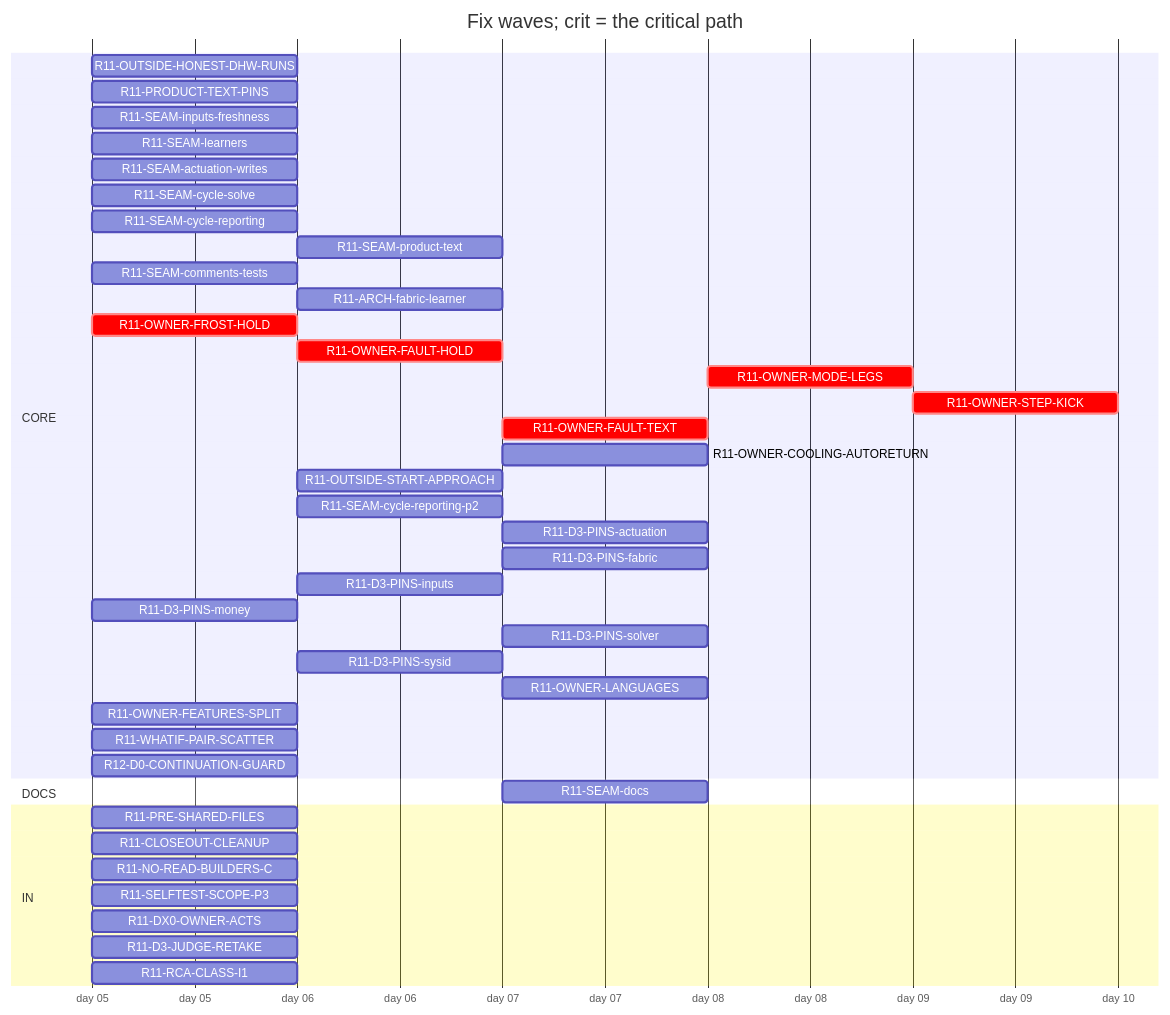
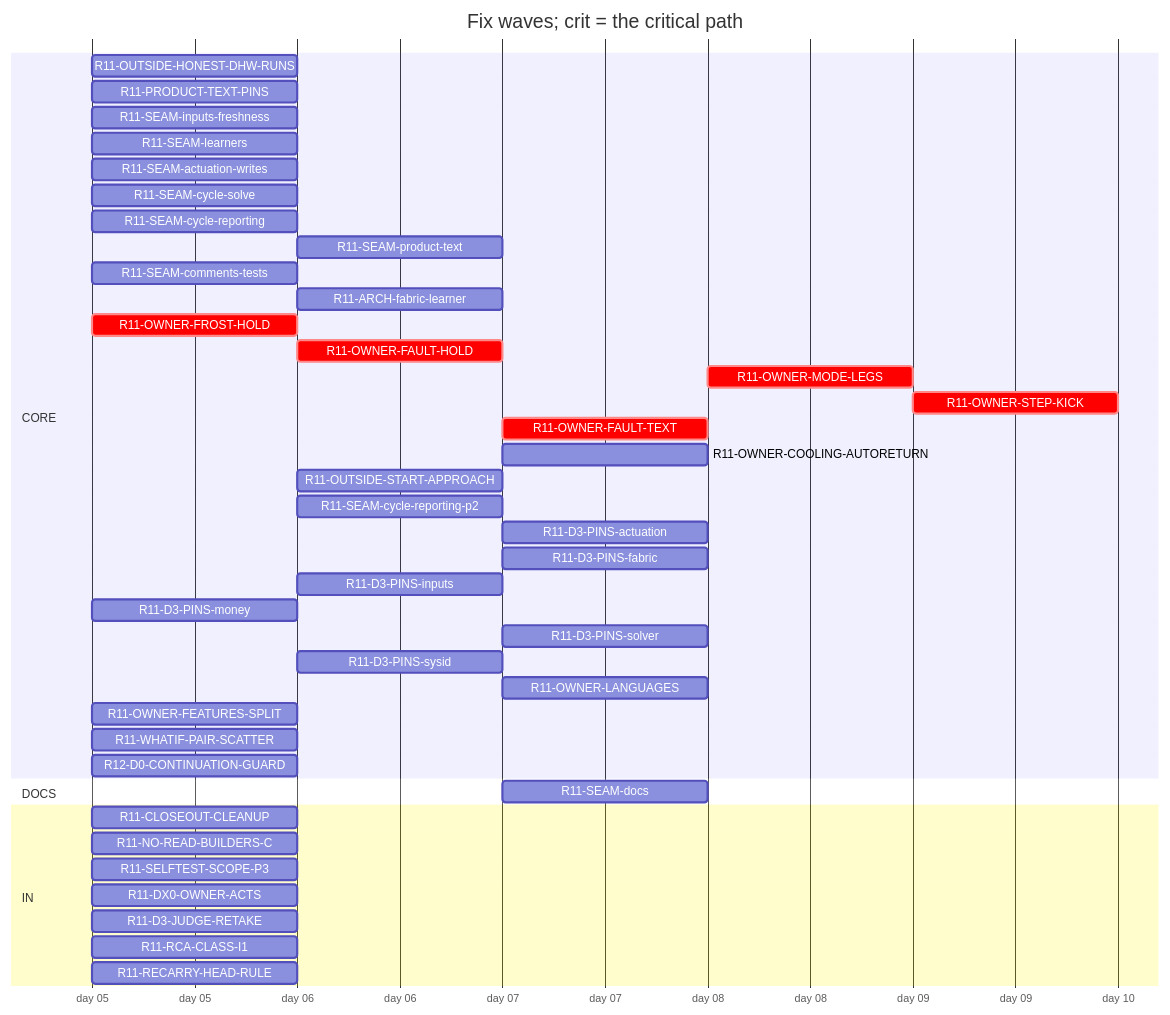
Before and after one commit to tvofi/heatpump_optimizer: the diagram in handoff/round11/state/PLAN-TABLE.md, drawn with Mermaid. The commit also changed other lines of this file and 4 other files, not shown here.

Commit message:
state: FLOW-BOARD.md, NEXT-SESSION-PROMPT.md, PLAN-TABLE.md, PLAN.html, RESUME-CURRENT.md regenerated (state_docs.py)

````diff
--- a/handoff/round11/state/PLAN-TABLE.md
+++ b/handoff/round11/state/PLAN-TABLE.md
@@ -16,45 +16,45 @@
 ```mermaid
 gantt
   title Fix waves; crit = the critical path
   dateFormat YYYY-MM-DD
   axisFormat day %d
   section CORE
     R11-OUTSIDE-HONEST-DHW-RUNS :r11OUTSIDEHONESTDHWRUNS, 2026-01-05, 1d
     R11-PRODUCT-TEXT-PINS :r11PRODUCTTEXTPINS, 2026-01-05, 1d
     R11-SEAM-inputs-freshness :r11SEAMinputsfreshness, 2026-01-05, 1d
     R11-SEAM-learners :r11SEAMlearners, 2026-01-05, 1d
     R11-SEAM-actuation-writes :r11SEAMactuationwrites, 2026-01-05, 1d
     R11-SEAM-cycle-solve :r11SEAMcyclesolve, 2026-01-05, 1d
     R11-SEAM-cycle-reporting :r11SEAMcyclereporting, 2026-01-05, 1d
     R11-SEAM-product-text :r11SEAMproducttext, after r11SEAMactuationwrites r11SEAMinputsfreshness r11SEAMcyclesolve r11SEAMcyclereporting, 1d
     R11-SEAM-comments-tests :r11SEAMcommentstests, 2026-01-05, 1d
     R11-ARCH-fabric-learner :r11ARCHfabriclearner, after r11SEAMlearners, 1d
     R11-OWNER-FROST-HOLD :crit, r11OWNERFROSTHOLD, 2026-01-05, 1d
     R11-OWNER-FAULT-HOLD :crit, r11OWNERFAULTHOLD, after r11OWNERFROSTHOLD, 1d
     R11-OWNER-MODE-LEGS :crit, r11OWNERMODELEGS, after r11OWNERFAULTTEXT, 1d
     R11-OWNER-STEP-KICK :crit, r11OWNERSTEPKICK, after r11OWNERMODELEGS, 1d
     R11-OWNER-FAULT-TEXT :crit, r11OWNERFAULTTEXT, after r11OWNERFAULTHOLD, 1d
     R11-OWNER-COOLING-AUTORETURN :r11OWNERCOOLINGAUTORETURN, after r11OWNERFAULTHOLD, 1d
     R11-OUTSIDE-START-APPROACH :r11OUTSIDESTARTAPPROACH, after r11OUTSIDEHONESTDHWRUNS r11SEAMlearners, 1d
     R11-SEAM-cycle-reporting-p2 :r11SEAMcyclereportingp2, after r11SEAMcyclereporting r11SEAMactuationwrites r11SEAMlearners, 1d
     R11-D3-PINS-actuation :r11D3PINSactuation, after r11SEAMactuationwrites r11OWNERFAULTHOLD, 1d
     R11-D3-PINS-fabric :r11D3PINSfabric, after r11ARCHfabriclearner r11SEAMcyclereporting r11OUTSIDESTARTAPPROACH, 1d
     R11-D3-PINS-inputs :r11D3PINSinputs, after r11SEAMinputsfreshness, 1d
     R11-D3-PINS-money :r11D3PINSmoney, 2026-01-05, 1d
     R11-D3-PINS-solver :r11D3PINSsolver, after r11OUTSIDESTARTAPPROACH r11SEAMcyclereporting, 1d
     R11-D3-PINS-sysid :r11D3PINSsysid, after r11SEAMlearners, 1d
     R11-OWNER-LANGUAGES :r11OWNERLANGUAGES, after r11SEAMproducttext, 1d
     R11-OWNER-FEATURES-SPLIT :r11OWNERFEATURESSPLIT, 2026-01-05, 1d
     R11-WHATIF-PAIR-SCATTER :r11WHATIFPAIRSCATTER, 2026-01-05, 1d
     R12-D0-CONTINUATION-GUARD :r12D0CONTINUATIONGUARD, 2026-01-05, 1d
   section DOCS
     R11-SEAM-docs :r11SEAMdocs, after r11SEAMlearners r11SEAMactuationwrites r11SEAMinputsfreshness r11SEAMcyclesolve r11SEAMcyclereporting r11SEAMproducttext, 1d
   section IN
-    R11-PRE-SHARED-FILES :r11PRESHAREDFILES, 2026-01-05, 1d
     R11-CLOSEOUT-CLEANUP :r11CLOSEOUTCLEANUP, 2026-01-05, 1d
     R11-NO-READ-BUILDERS-C :r11NOREADBUILDERSC, 2026-01-05, 1d
     R11-SELFTEST-SCOPE-P3 :r11SELFTESTSCOPEP3, 2026-01-05, 1d
     R11-DX0-OWNER-ACTS :r11DX0OWNERACTS, 2026-01-05, 1d
     R11-D3-JUDGE-RETAKE :r11D3JUDGERETAKE, 2026-01-05, 1d
     R11-RCA-CLASS-I1 :r11RCACLASSI1, 2026-01-05, 1d
+    R11-RECARRY-HEAD-RULE :r11RECARRYHEADRULE, 2026-01-05, 1d
 ```
````
